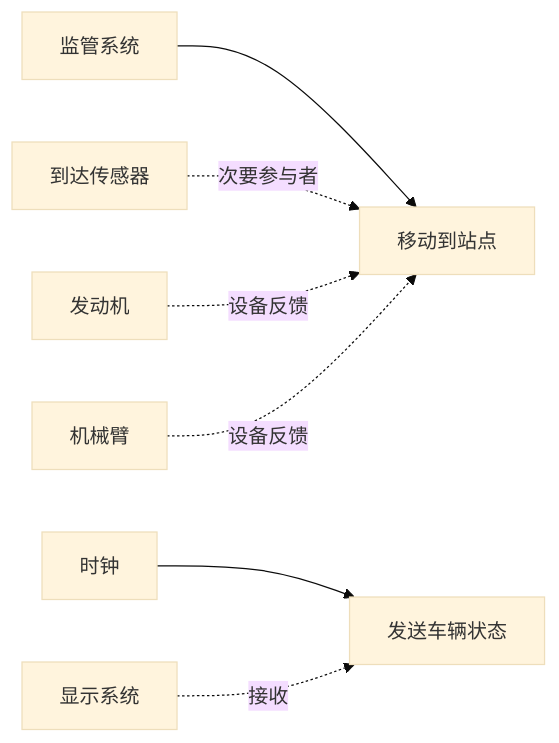
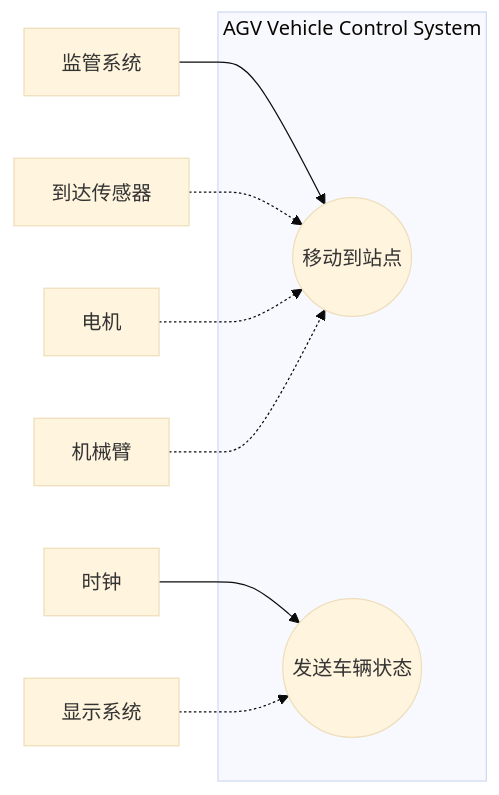
The first of 8 diagrams in 软件架构设计/实验/实验4/提交/2023302855 梁景毓 ex4.md (GodLiangJingYu/MyCodeResource), drawn with Mermaid (base theme) before and after one commit. The commit also changed other lines of this file and 138 other files, not shown here.

````diff
--- a/软件架构设计/实验/实验4/提交/2023302855 梁景毓 ex4.md
+++ b/软件架构设计/实验/实验4/提交/2023302855 梁景毓 ex4.md
@@ -63,20 +82,23 @@
 ```mermaid
 flowchart LR
-Supervisory[监管系统]
-Display[显示系统]
-ArrivalSensor[到达传感器]
-Clock[时钟]
-Motor[发动机]
-Arm[机械臂]
 
-U1[移动到站点]
-U2[发送车辆状态]
+subgraph AGV_System ["AGV Vehicle Control System"]
+    U1(("移动到站点"))
+    U2(("发送车辆状态"))
+end
+
+Supervisory["监管系统"]
+Display["显示系统"]
+ArrivalSensor["到达传感器"]
+Clock["时钟"]
+Motor["电机"]
+Arm["机械臂"]
 
 Supervisory --> U1
-ArrivalSensor -. "次要参与者" .-> U1
-Motor -. "设备反馈" .-> U1
-Arm -. "设备反馈" .-> U1
+ArrivalSensor -.-> U1
+Motor -.-> U1
+Arm -.-> U1
 
 Clock --> U2
-Display -. "接收" .-> U2
+Display -.-> U2
 ```
````
